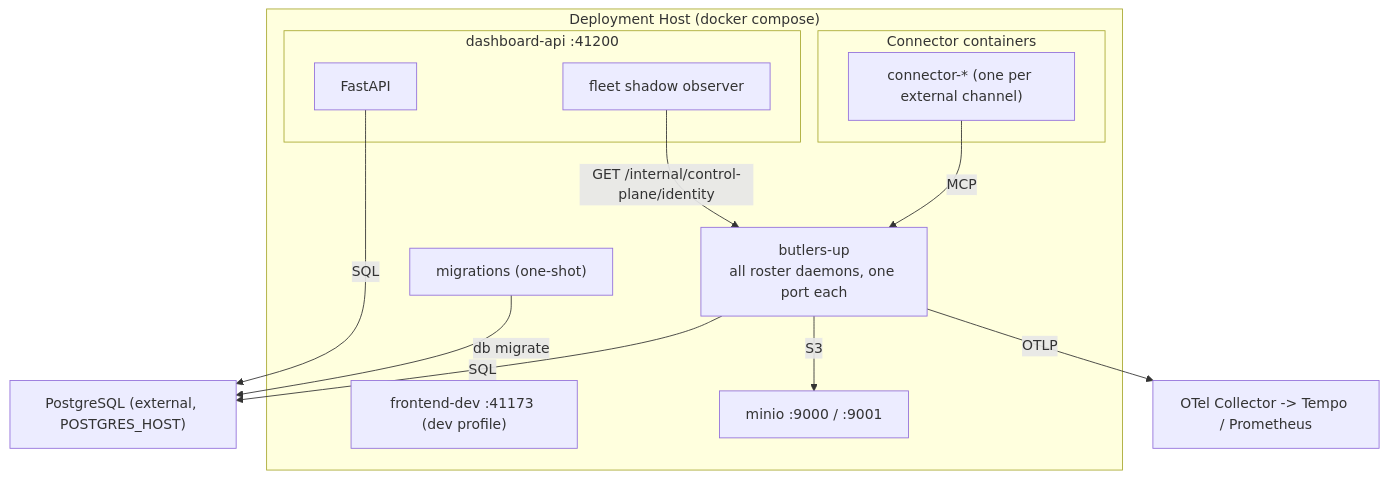
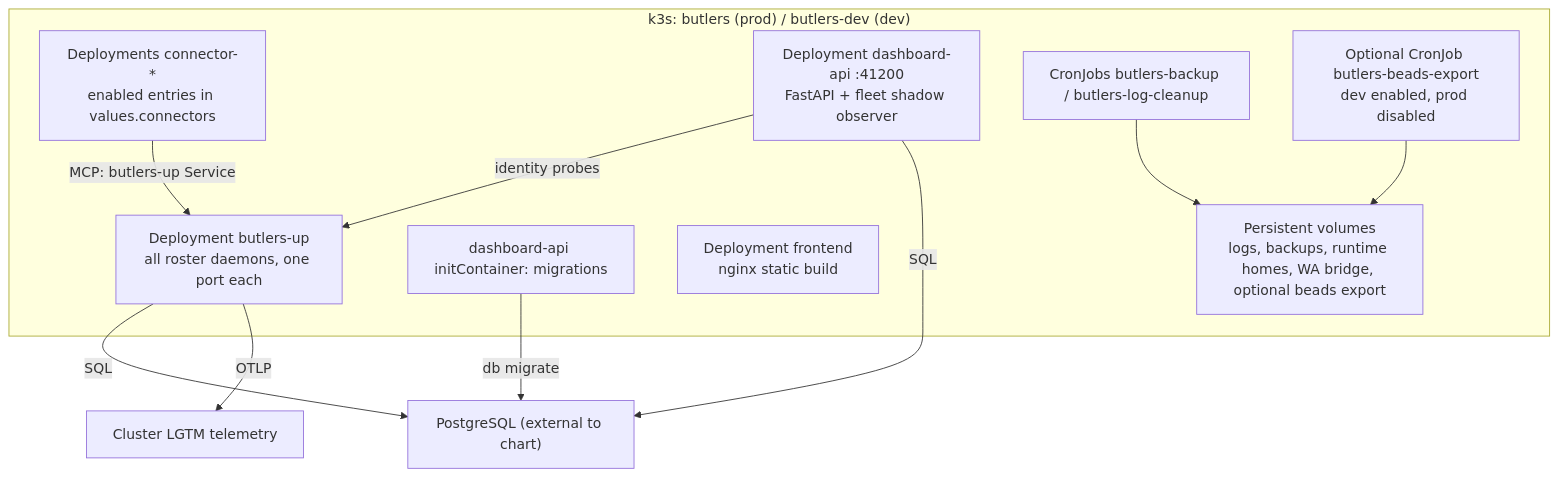
One commit to tzeusy-org/butlers changed the diagram in about/lay-and-land/deployment.md. Above: the diagram before and after it, drawn with Mermaid. The commit also changed other lines of this file and 3 other files, not shown here.

````diff
--- a/about/lay-and-land/deployment.md
+++ b/about/lay-and-land/deployment.md
@@ -15,27 +18,23 @@
 ```mermaid
 graph TB
-    subgraph Host["Deployment Host (docker compose)"]
-        UP["butlers-up<br/>all roster daemons, one port each"]
-        subgraph ConnProcs["Connector containers"]
-            Conn["connector-* (one per external channel)"]
-        end
-        subgraph Dashboard["dashboard-api :41200"]
-            API["FastAPI"]
-            OBS["fleet shadow observer"]
-        end
-        Vite["frontend-dev :41173 (dev profile)"]
-        MIG["migrations (one-shot)"]
-        MinIO["minio :9000 / :9001"]
+    subgraph K3S["k3s: butlers (prod) / butlers-dev (dev)"]
+        UP["Deployment butlers-up<br/>all roster daemons, one port each"]
+        Conn["Deployments connector-*<br/>enabled entries in values.connectors"]
+        API["Deployment dashboard-api :41200<br/>FastAPI + fleet shadow observer"]
+        MIG["dashboard-api initContainer: migrations"]
+        Front["Deployment frontend<br/>nginx static build"]
+        Jobs["CronJobs butlers-backup / butlers-log-cleanup"]
+        Beads["Optional CronJob butlers-beads-export<br/>dev enabled, prod disabled"]
+        PVC["Persistent volumes<br/>logs, backups, runtime homes, WA bridge, optional beads export"]
     end
-
-    PG["PostgreSQL (external, POSTGRES_HOST)"]
-    OTel["OTel Collector -> Tempo / Prometheus"]
-
-    Conn -- "MCP" --> UP
-    OBS -- "GET /internal/control-plane/identity" --> UP
+    PG["PostgreSQL (external to chart)"]
+    OTel["Cluster LGTM telemetry"]
+    Conn -- "MCP: butlers-up Service" --> UP
+    API -- "identity probes" --> UP
     API -- "SQL" --> PG
     UP -- "SQL" --> PG
     MIG -- "db migrate" --> PG
-    UP -- "S3" --> MinIO
+    Jobs --> PVC
+    Beads --> PVC
     UP -- "OTLP" --> OTel
 ```
````
